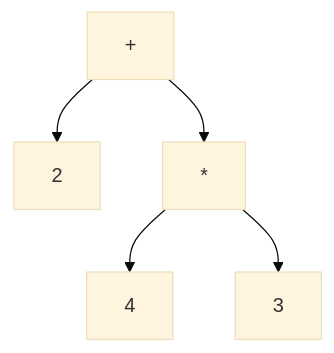
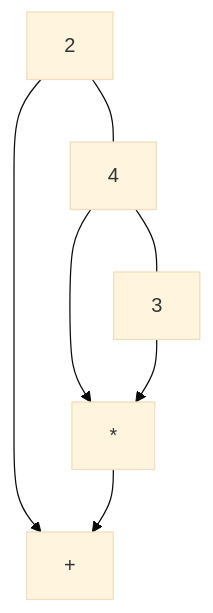
The first of 2 diagrams in Parsing_the_Principia.md (jecki/logicConverter), drawn with Mermaid (base theme) before and after one commit.

````diff
--- a/Parsing_the_Principia.md
+++ b/Parsing_the_Principia.md
@@ -47,13 +47,13 @@
 ```mermaid
 graph TD
-    A["+"] 
-    B["2"]
-    C["*"]
-    D["4"]
-    E["3"]
+    D["2"] --> B["+"]
 
-    A --> B
-    A --> C
-    C --> D
-    C --> E
+    E["4"] --> C["*"]
+
+    F["3"] --> C["*"]
+
+    C["*"] --> B["+"]
+
+    %% Arrange numbers on one line
+    D --- E --- F
 ```
````
